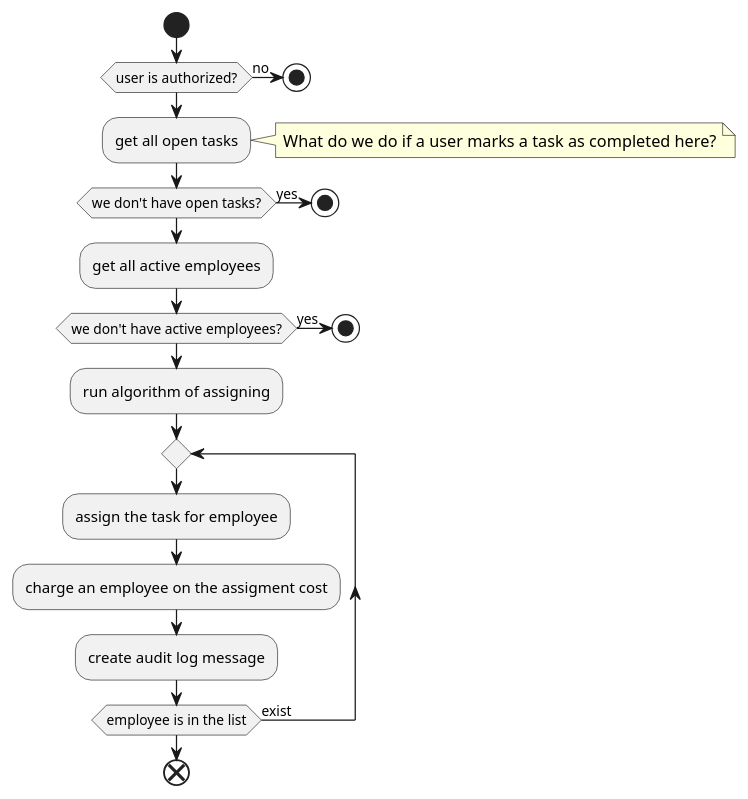
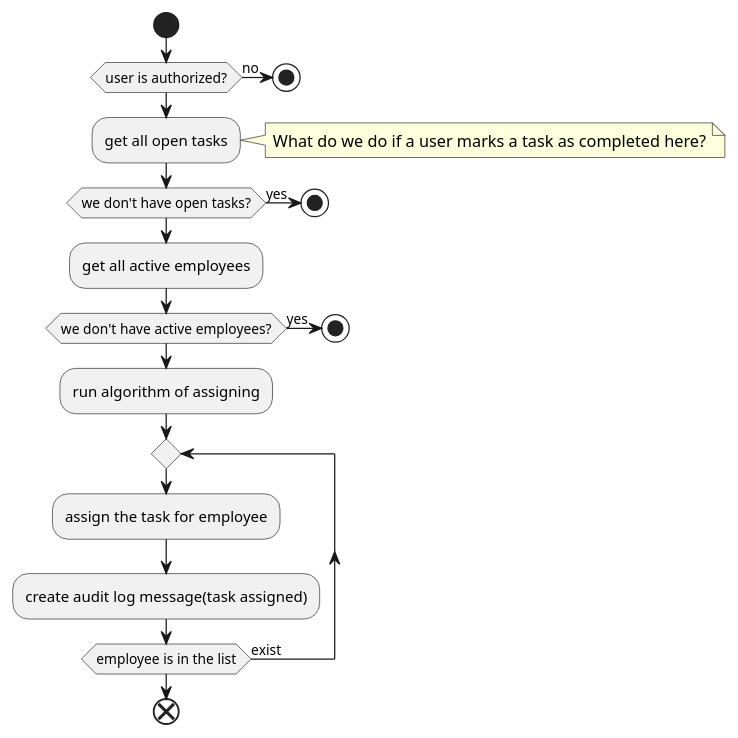
One commit to ximyro/async_architecture_course changed the diagram in diagrams/assign_task.plantuml. Above: the diagram before and after it, drawn with PlantUML. The commit also changed 14 other files, not shown here.

```diff
--- a/diagrams/assign_task.plantuml
+++ b/diagrams/assign_task.plantuml
@@ -1,24 +1,23 @@
 @startuml Assign Task
     start
     if (user is authorized?) then(no)
         stop
     endif
     :get all open tasks;
     note right
         What do we do if a user marks a task as completed here?
     end note
     if (we don't have open tasks?) then(yes)
         stop
     endif
     :get all active employees;
      if (we don't have active employees?) then(yes)
         stop
     endif
     :run algorithm of assigning;
     repeat
         :assign the task for employee;
-        :charge an employee on the assigment cost;
-        :create audit log message;
+        :create audit log message(task assigned);
     repeat while (employee is in the list) is (exist)
     end
 @enduml
```
